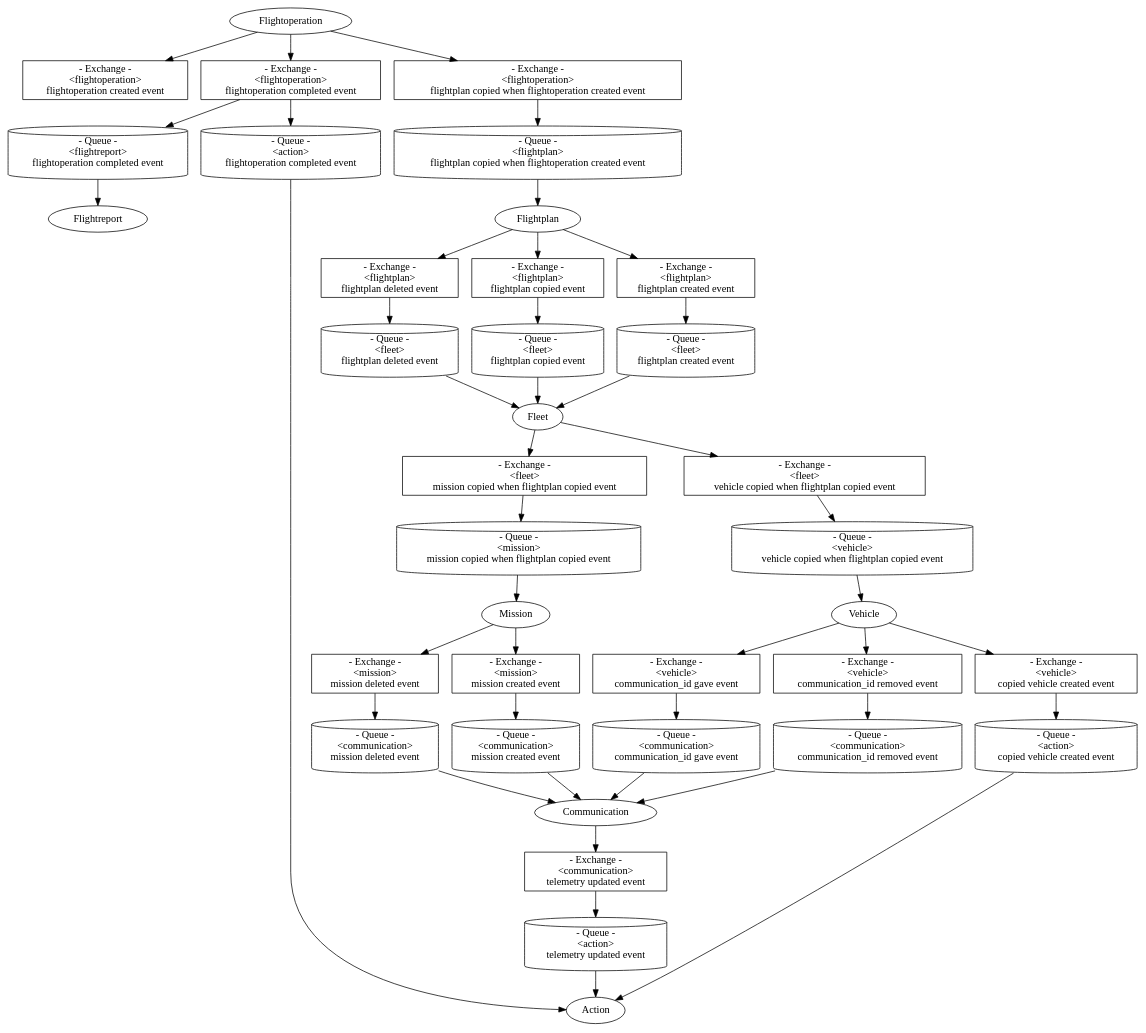
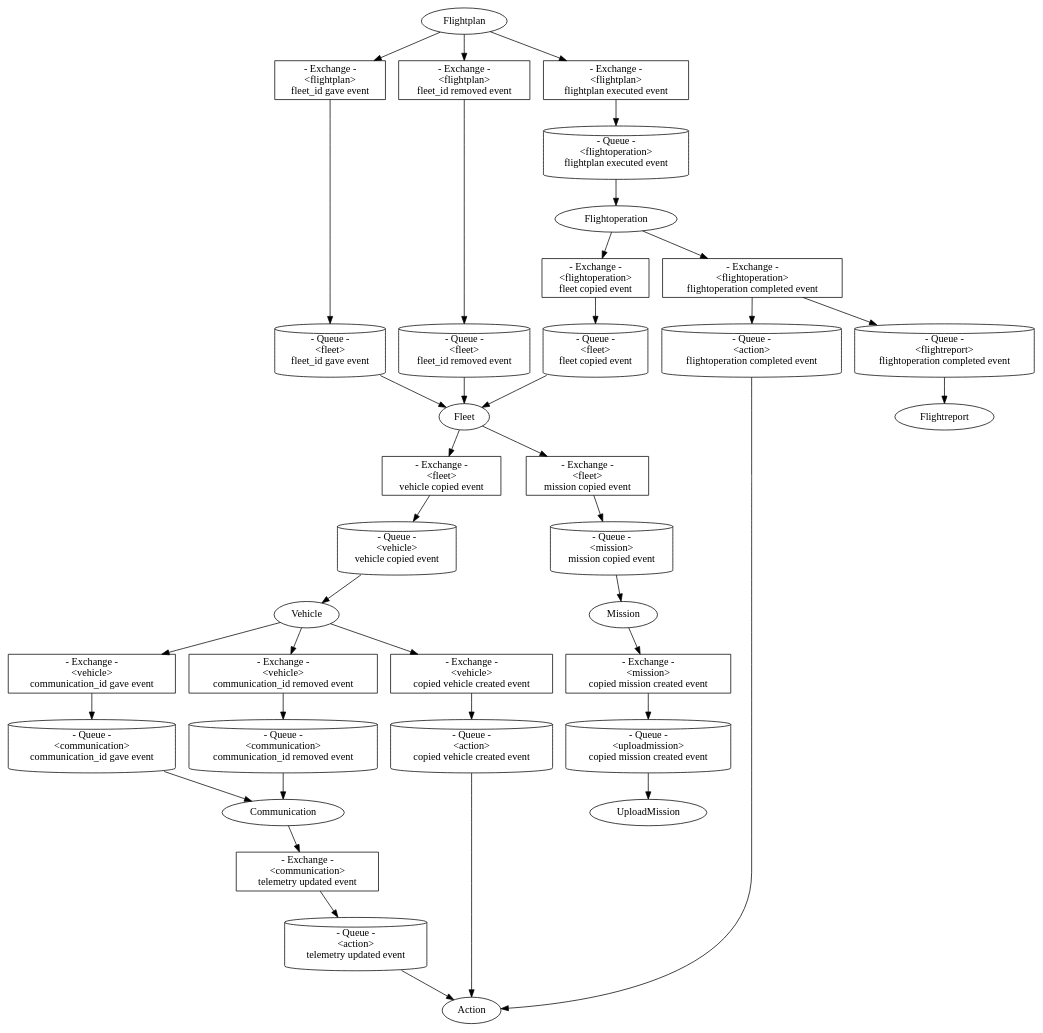
The diagram in contents/assets/event.gv (Tomofiles/skysign_cloud_v2), drawn with Graphviz before and after one commit.

Commit message:
eventの全体フロー図を最新化

```diff
--- a/contents/assets/event.gv
+++ b/contents/assets/event.gv
@@ -1,111 +1,108 @@
 // To render:
 // https://dreampuf.github.io/GraphvizOnline/
 digraph G {
     rankdir = TB;
     
     Vehicle [label="Vehicle"]
     VehicleExchange1 [label="- Exchange -\n<vehicle>\ncommunication_id gave event", shape=Box];
     VehicleExchange2 [label="- Exchange -\n<vehicle>\ncommunication_id removed event", shape=Box];
     VehicleExchange3 [label="- Exchange -\n<vehicle>\ncopied vehicle created event", shape=Box];
-    VehicleQueue1 [label="- Queue -\n<vehicle>\nvehicle copied when flightplan copied event", shape=cylinder];
+    VehicleQueue1 [label="- Queue -\n<vehicle>\nvehicle copied event", shape=cylinder];
     
     Communication [label="Communication"]
     CommunicationExchange1 [label="- Exchange -\n<communication>\ntelemetry updated event", shape=Box];
     CommunicationQueue1 [label="- Queue -\n<communication>\ncommunication_id gave event", shape=cylinder];
     CommunicationQueue2 [label="- Queue -\n<communication>\ncommunication_id removed event", shape=cylinder];
-    CommunicationQueue3 [label="- Queue -\n<communication>\nmission created event", shape=cylinder];
-    CommunicationQueue4 [label="- Queue -\n<communication>\nmission deleted event", shape=cylinder];
-    
+
+    UploadMission [label="UploadMission"]
+    UploadMissionQueue1 [label="- Queue -\n<uploadmission>\ncopied mission created event", shape=cylinder];
+
     Action [label="Action"]
     ActionQueue1 [label="- Queue -\n<action>\ncopied vehicle created event", shape=cylinder];
     ActionQueue2 [label="- Queue -\n<action>\ntelemetry updated event", shape=cylinder];
     ActionQueue3 [label="- Queue -\n<action>\nflightoperation completed event", shape=cylinder];
-    
+
     Mission [label="Mission"]
-    MissionExchange1 [label="- Exchange -\n<mission>\nmission created event", shape=Box];
-    MissionExchange2 [label="- Exchange -\n<mission>\nmission deleted event", shape=Box];
-    MissionQueue1 [label="- Queue -\n<mission>\nmission copied when flightplan copied event", shape=cylinder];
+    MissionExchange1 [label="- Exchange -\n<mission>\ncopied mission created event", shape=Box];
+    MissionQueue1 [label="- Queue -\n<mission>\nmission copied event", shape=cylinder];
     
     Flightplan [label="Flightplan"]
-    FlightplanExchange1 [label="- Exchange -\n<flightplan>\nflightplan created event", shape=Box];
-    FlightplanExchange2 [label="- Exchange -\n<flightplan>\nflightplan deleted event", shape=Box];
-    FlightplanExchange3 [label="- Exchange -\n<flightplan>\nflightplan copied event", shape=Box];
-    FlightplanQueue1 [label="- Queue -\n<flightplan>\nflightplan copied when flightoperation created event", shape=cylinder];
+    FlightplanExchange1 [label="- Exchange -\n<flightplan>\nfleet_id gave event", shape=Box];
+    FlightplanExchange2 [label="- Exchange -\n<flightplan>\nfleet_id removed event", shape=Box];
+    FlightplanExchange3 [label="- Exchange -\n<flightplan>\nflightplan executed event", shape=Box];
 
     Fleet [label="Fleet"]
-    FleetExchange1 [label="- Exchange -\n<fleet>\nvehicle copied when flightplan copied event", shape=Box];
-    FleetExchange2 [label="- Exchange -\n<fleet>\nmission copied when flightplan copied event", shape=Box];
-    FleetQueue1 [label="- Queue -\n<fleet>\nflightplan created event", shape=cylinder];
-    FleetQueue2 [label="- Queue -\n<fleet>\nflightplan deleted event", shape=cylinder];
-    FleetQueue3 [label="- Queue -\n<fleet>\nflightplan copied event", shape=cylinder];
-    
+    FleetExchange1 [label="- Exchange -\n<fleet>\nvehicle copied event", shape=Box];
+    FleetExchange2 [label="- Exchange -\n<fleet>\nmission copied event", shape=Box];
+    FleetQueue1 [label="- Queue -\n<fleet>\nfleet_id gave event", shape=cylinder];
+    FleetQueue2 [label="- Queue -\n<fleet>\nfleet_id removed event", shape=cylinder];
+    FleetQueue3 [label="- Queue -\n<fleet>\nfleet copied event", shape=cylinder];
+
     Flightoperation [label="Flightoperation"]
-    FlightoperationExchange1 [label="- Exchange -\n<flightoperation>\nflightoperation created event", shape=Box];
+    FlightoperationExchange1 [label="- Exchange -\n<flightoperation>\nfleet copied event", shape=Box];
     FlightoperationExchange2 [label="- Exchange -\n<flightoperation>\nflightoperation completed event", shape=Box];
-    FlightoperationExchange3 [label="- Exchange -\n<flightoperation>\nflightplan copied when flightoperation created event", shape=Box];
-    
+    FlightoperationQueue1 [label="- Queue -\n<flightoperation>\nflightplan executed event", shape=cylinder];
+
     Flightreport [label="Flightreport"]
     FlightreportQueue1 [label="- Queue -\n<flightreport>\nflightoperation completed event", shape=cylinder];
     
     Vehicle -> VehicleExchange1;
     Vehicle -> VehicleExchange2;
     Vehicle -> VehicleExchange3;
     VehicleQueue1 -> Vehicle;
     
     Communication -> CommunicationExchange1;
     CommunicationQueue1 -> Communication;
     CommunicationQueue2 -> Communication;
-    CommunicationQueue3 -> Communication;
-    CommunicationQueue4 -> Communication;
     
+    UploadMissionQueue1 -> UploadMission;
+
     Mission -> MissionExchange1
-    Mission -> MissionExchange2
     MissionQueue1 -> Mission;
     
     Flightplan -> FlightplanExchange1;
     Flightplan -> FlightplanExchange2;
     Flightplan -> FlightplanExchange3;
-    FlightplanQueue1 -> Flightplan;
-    
+
     Fleet -> FleetExchange1;
     Fleet -> FleetExchange2;
     FleetQueue1 -> Fleet;
     FleetQueue2 -> Fleet;
     FleetQueue3 -> Fleet;
-    
+
     ActionQueue1 -> Action;
     ActionQueue2 -> Action;
     ActionQueue3 -> Action;
     
     Flightoperation -> FlightoperationExchange1;
     Flightoperation -> FlightoperationExchange2;
-    Flightoperation -> FlightoperationExchange3;
-    
+    FlightoperationQueue1 -> Flightoperation;
+
     FlightreportQueue1 -> Flightreport;
     
     FleetExchange1 -> VehicleQueue1;
 
     VehicleExchange1 -> CommunicationQueue1;
     VehicleExchange2 -> CommunicationQueue2;
 
-    MissionExchange1 -> CommunicationQueue3;
-    MissionExchange2 -> CommunicationQueue4;
+    MissionExchange1 -> UploadMissionQueue1;
 
     FleetExchange2 -> MissionQueue1;
 
     VehicleExchange3 -> ActionQueue1;
 
     CommunicationExchange1 -> ActionQueue2;
 
     FlightplanExchange1 -> FleetQueue1;
     FlightplanExchange2 -> FleetQueue2;
-    FlightplanExchange3 -> FleetQueue3;
+    FlightplanExchange3 -> FlightoperationQueue1;
 
+    FlightoperationExchange1 -> FleetQueue3;
     FlightoperationExchange2 -> FlightreportQueue1;
     FlightoperationExchange2 -> ActionQueue3;
-    FlightoperationExchange3 -> FlightplanQueue1;
-    
-    {rank = same; VehicleExchange1; VehicleExchange2; VehicleExchange3; MissionExchange1; MissionExchange2;}
-    {rank = same; CommunicationQueue1; CommunicationQueue2; ActionQueue1; CommunicationQueue3; CommunicationQueue4;}
-    {rank = same; FlightreportQueue1; ActionQueue3;}
+
+    {rank = same; FlightplanExchange1; FlightplanExchange2; FlightplanExchange3;}
+    {rank = same; VehicleExchange1; VehicleExchange2; VehicleExchange3; MissionExchange1;}
+    {rank = same; CommunicationQueue1; CommunicationQueue2; ActionQueue1; UploadMissionQueue1;}
+    {rank = same; FlightreportQueue1; ActionQueue3; FleetQueue1; FleetQueue2; FleetQueue3;}
 }
```
